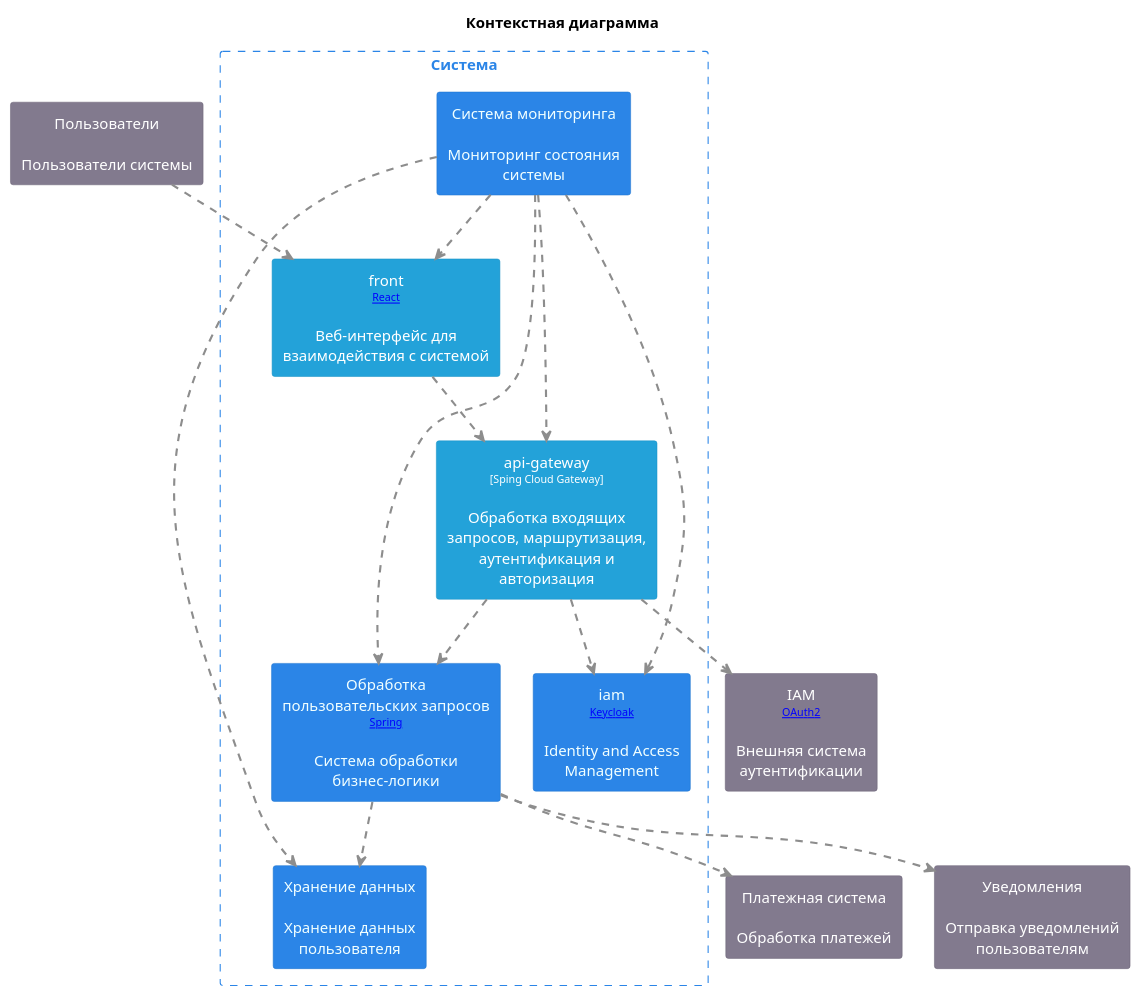
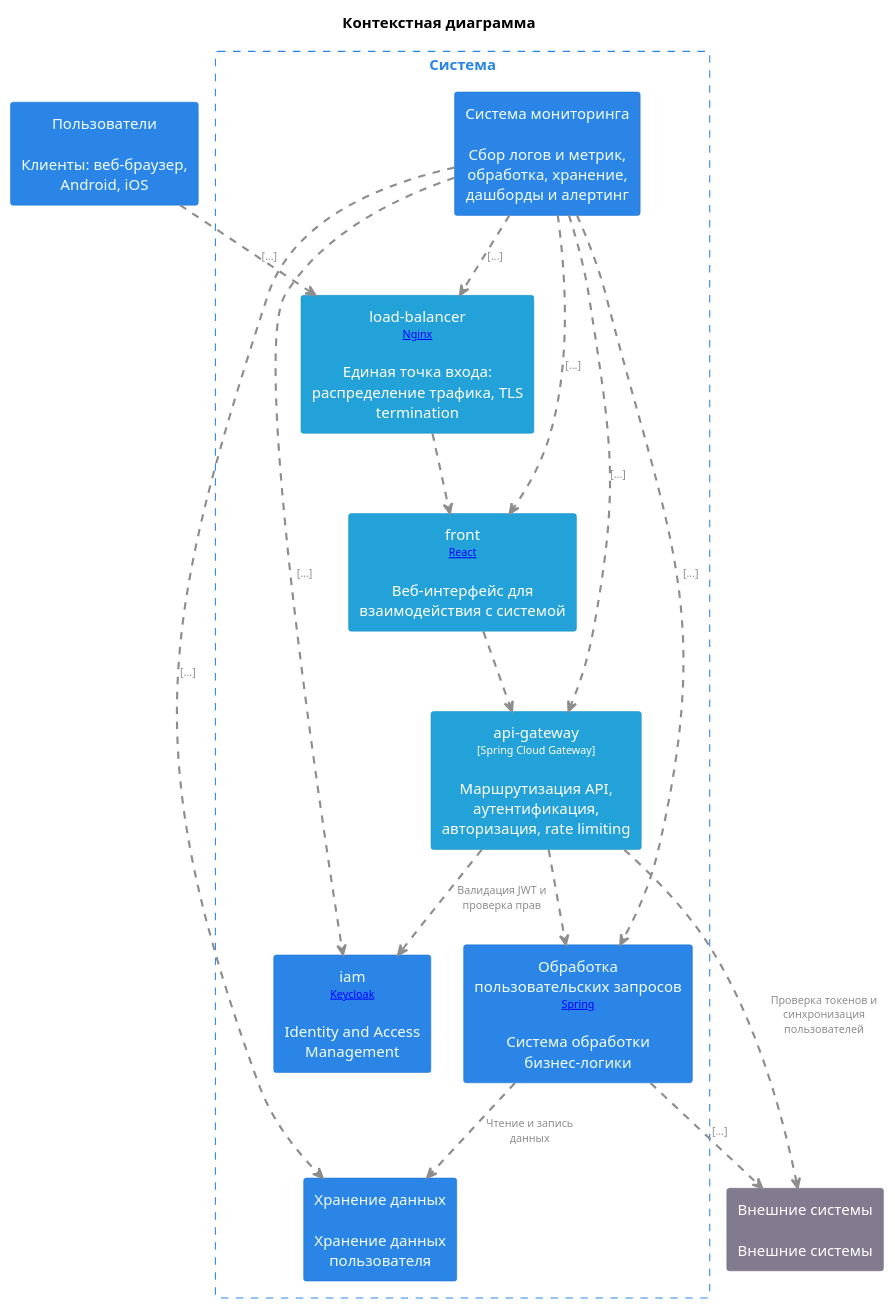
Before and after one commit to shelepovg/system-design-homework: the diagram in doc/схемы/context.puml, drawn with PlantUML. The commit also changed 18 other files, not shown here.

```diff
--- a/doc/схемы/context.puml
+++ b/doc/схемы/context.puml
@@ -1,96 +1,91 @@
 @startuml
 title "Контекстная диаграмма"
 top to bottom direction
 
 hide stereotype
 skinparam ranksep 60
 skinparam nodesep 30
 skinparam {
   arrowFontSize 10
   defaultTextAlignment center
   wrapWidth 200
   maxMessageSize 100
   shadowing false
 }
 
 skinparam rectangle<<Users>>{
-  BackgroundColor #827a8e
-  FontColor #ffffff
-  BorderColor #6c6477
+  BackgroundColor #2b85e7
+  FontColor #f1ffff
+  BorderColor #1e73ce
 }
 skinparam rectangle<<SystemMonitoring>>{
   BackgroundColor #2b85e7
   FontColor #f1ffff
   BorderColor #1e73ce
+}
+skinparam rectangle<<SystemLoadBalancer>>{
+  BackgroundColor #23a2d9
+  FontColor #ffffff
+  BorderColor #1892c5
 }
 skinparam rectangle<<SystemFront>>{
   BackgroundColor #23a2d9
   FontColor #ffffff
   BorderColor #1892c5
 }
 skinparam rectangle<<SystemApiGateway>>{
   BackgroundColor #23a2d9
   FontColor #ffffff
   BorderColor #1892c5
 }
 skinparam rectangle<<SystemIam>>{
   BackgroundColor #2b85e7
   FontColor #f1ffff
   BorderColor #1e73ce
 }
 skinparam rectangle<<SystemBackend>>{
   BackgroundColor #2b85e7
   FontColor #f1ffff
   BorderColor #1e73ce
 }
-skinparam rectangle<<Iam_ext>>{
-  BackgroundColor #827a8e
-  FontColor #ffffff
-  BorderColor #6c6477
-}
 skinparam rectangle<<SystemStorage>>{
   BackgroundColor #2b85e7
   FontColor #f1ffff
   BorderColor #1e73ce
 }
-skinparam rectangle<<Payment>>{
+skinparam rectangle<<System_ext>>{
   BackgroundColor #827a8e
   FontColor #ffffff
   BorderColor #6c6477
 }
-skinparam rectangle<<Notify>>{
-  BackgroundColor #827a8e
-  FontColor #ffffff
-  BorderColor #6c6477
-}
-rectangle "Пользователи\n\nПользователи системы" <<Users>> as Users
+rectangle "Пользователи\n\nКлиенты: веб-браузер, Android, iOS" <<Users>> as Users
 rectangle "Система" <<System>> as System {
   skinparam RectangleBorderColor<<System>> #2b85e7
   skinparam RectangleFontColor<<System>> #2b85e7
   skinparam RectangleBorderStyle<<System>> dashed
 
-  rectangle "Система мониторинга\n\nМониторинг состояния системы" <<SystemMonitoring>> as SystemMonitoring
+  rectangle "Система мониторинга\n\nСбор логов и метрик, обработка, хранение, дашборды и алертинг" <<SystemMonitoring>> as SystemMonitoring
+  rectangle "load-balancer\n<size:10>[[Nginx]]</size>\n\nЕдиная точка входа: распределение трафика, TLS termination" <<SystemLoadBalancer>> as SystemLoadBalancer
   rectangle "front\n<size:10>[[React]]</size>\n\nВеб-интерфейс для взаимодействия с системой" <<SystemFront>> as SystemFront
-  rectangle "api-gateway\n<size:10>[Sping Cloud Gateway]</size>\n\nОбработка входящих запросов, маршрутизация, аутентификация и авторизация" <<SystemApiGateway>> as SystemApiGateway
+  rectangle "api-gateway\n<size:10>[Spring Cloud Gateway]</size>\n\nМаршрутизация API, аутентификация, авторизация, rate limiting" <<SystemApiGateway>> as SystemApiGateway
   rectangle "iam\n<size:10>[[Keycloak]]</size>\n\nIdentity and Access Management" <<SystemIam>> as SystemIam
   rectangle "Обработка пользовательских запросов\n<size:10>[[Spring]]</size>\n\nСистема обработки бизнес-логики" <<SystemBackend>> as SystemBackend
   rectangle "Хранение данных\n\nХранение данных пользователя" <<SystemStorage>> as SystemStorage
 }
-rectangle "IAM\n<size:10>[[OAuth2]]</size>\n\nВнешняя система аутентификации" <<Iam_ext>> as Iam_ext
-rectangle "Платежная система\n\nОбработка платежей" <<Payment>> as Payment
-rectangle "Уведомления\n\nОтправка уведомлений пользователям" <<Notify>> as Notification
+rectangle "Внешние системы\n\nВнешние системы" <<System_ext>> as System_ext
 
-Users .[#8D8D8D,thickness=2].> SystemFront
+Users .[#8D8D8D,thickness=2].> SystemLoadBalancer : <color:#8D8D8D>[...]
+SystemLoadBalancer .[#8D8D8D,thickness=2].> SystemFront
+SystemMonitoring .[#8D8D8D,thickness=2].> SystemLoadBalancer : <color:#8D8D8D>[...]
 SystemFront .[#8D8D8D,thickness=2].> SystemApiGateway
-SystemMonitoring .[#8D8D8D,thickness=2].> SystemFront
-SystemApiGateway .[#8D8D8D,thickness=2].> SystemIam
+SystemMonitoring .[#8D8D8D,thickness=2].> SystemFront : <color:#8D8D8D>[...]
+SystemApiGateway .[#8D8D8D,thickness=2].> SystemIam : <color:#8D8D8D>Валидация JWT и проверка прав
 SystemApiGateway .[#8D8D8D,thickness=2].> SystemBackend
-SystemMonitoring .[#8D8D8D,thickness=2].> SystemApiGateway
-SystemMonitoring .[#8D8D8D,thickness=2].> SystemIam
-SystemBackend .[#8D8D8D,thickness=2].> SystemStorage
-SystemMonitoring .[#8D8D8D,thickness=2].> SystemBackend
-SystemMonitoring .[#8D8D8D,thickness=2].> SystemStorage
-SystemApiGateway .[#8D8D8D,thickness=2].> Iam_ext
-SystemBackend .[#8D8D8D,thickness=2].> Payment
-SystemBackend .[#8D8D8D,thickness=2].> Notification
+SystemMonitoring .[#8D8D8D,thickness=2].> SystemApiGateway : <color:#8D8D8D>[...]
+SystemMonitoring .[#8D8D8D,thickness=2].> SystemIam : <color:#8D8D8D>[...]
+SystemBackend .[#8D8D8D,thickness=2].> SystemStorage : <color:#8D8D8D>Чтение и запись данных
+SystemMonitoring .[#8D8D8D,thickness=2].> SystemBackend : <color:#8D8D8D>[...]
+SystemMonitoring .[#8D8D8D,thickness=2].> SystemStorage : <color:#8D8D8D>[...]
+SystemApiGateway .[#8D8D8D,thickness=2].> System_ext : <color:#8D8D8D>Проверка токенов и синхронизация \n<color:#8D8D8D>пользователей
+SystemBackend .[#8D8D8D,thickness=2].> System_ext : <color:#8D8D8D>[...]
 @enduml
```
